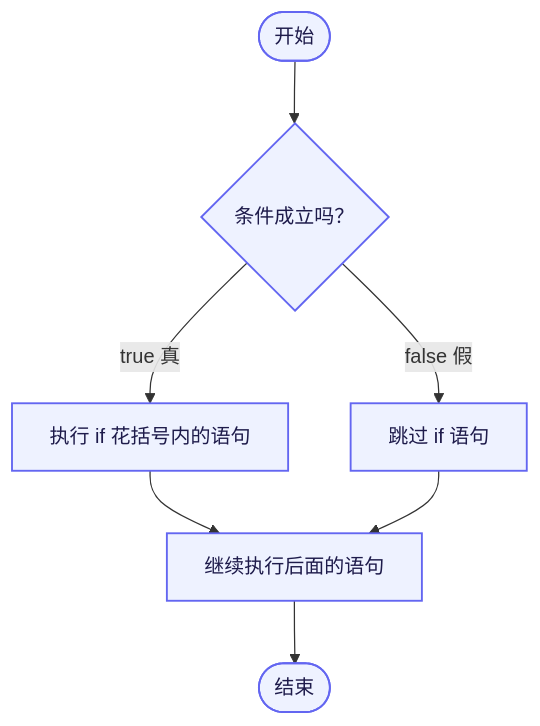
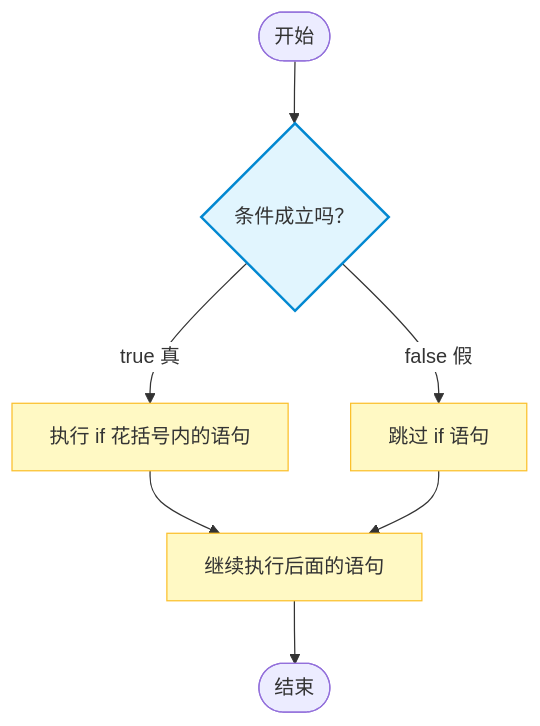
Before and after one commit to caozuoxitong-ren/oier-fans.github.io: the first of 3 diagrams in docs/信息学奥赛/C++语法基础/C1_03_分支语句与比较运算符.md, drawn with Mermaid. The commit also changed other lines of this file and 8 other files, not shown here.

````diff
--- a/docs/信息学奥赛/C++语法基础/C1_03_分支语句与比较运算符.md
+++ b/docs/信息学奥赛/C++语法基础/C1_03_分支语句与比较运算符.md
@@ -228,12 +228,15 @@
 ```mermaid
+%%{init: {"themeVariables": {"edgeLabelBackground": "#FFFFFF"}}}%%
 flowchart TD
-    A([开始]) --> B{条件成立吗？}
-    B -->|true 真| C[执行 if 花括号内的语句]
-    B -->|false 假| D[跳过 if 语句]
-    C --> E[继续执行后面的语句]
-    D --> E
-    E --> F([结束])
+    Start([开始]) --> Cond{条件成立吗？}
+    Cond -->|true 真| Action1["执行 if 花括号内的语句"]
+    Cond -->|false 假| Action2["跳过 if 语句"]
+    Action1 --> Continue["继续执行后面的语句"]
+    Action2 --> Continue
+    Continue --> End([结束])
 
-    classDef unified fill:#EEF2FF,stroke:#6366F1,color:#1E1B4B,stroke-width:1.5px;
-    class A,B,C,D,E,F unified;
+    classDef condition fill:#e1f5fe,stroke:#0288d1,stroke-width:2px;
+    classDef action fill:#fff9c4,stroke:#fbc02d,stroke-width:1px;
+    class Cond condition;
+    class Action1,Action2,Continue action;
 ```
````
